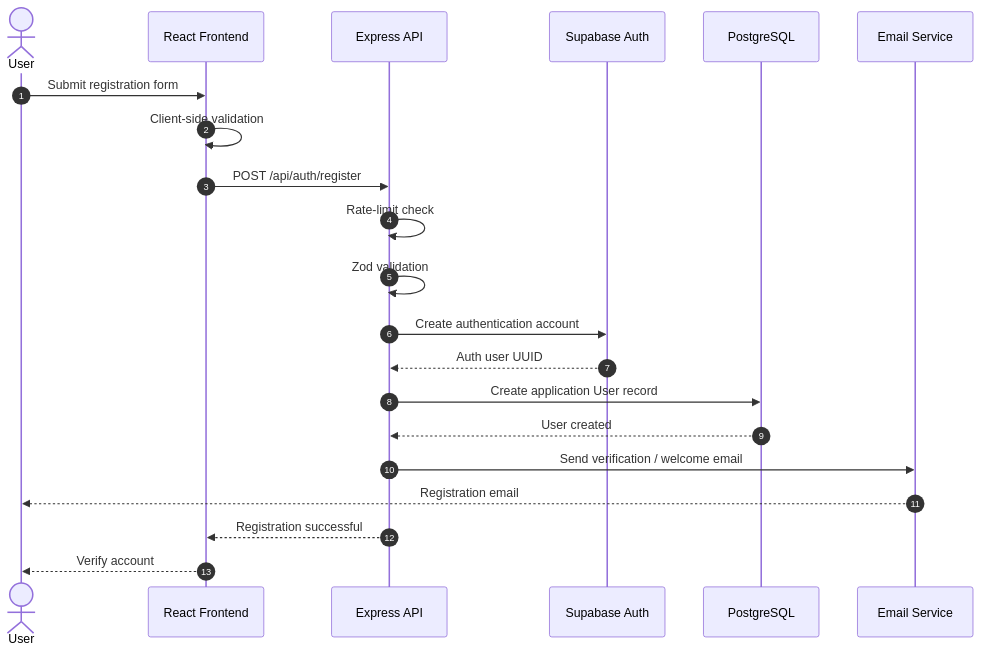
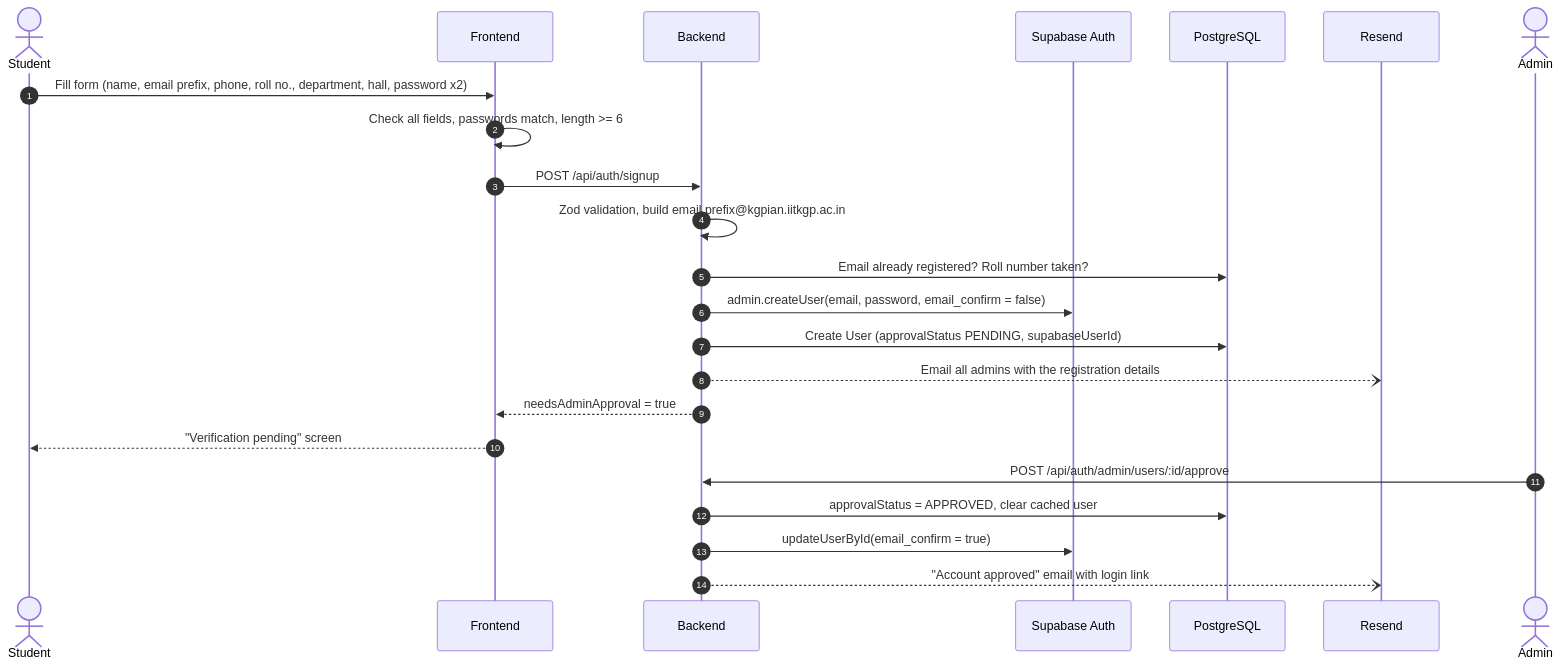
Before and after one commit to mobashshir-ubn-zainuddin/friday-cab-management: the second of 6 diagrams in README.md, drawn with Mermaid. The commit also changed other lines of this file and 2 other files, not shown here.

Commit message:
updated report and added syatem architecture and remove server's 5 minute cache if admin rights have been removed from any person which was leaving a securitry gap.

````diff
--- a/README.md
+++ b/README.md
@@ -269,31 +132,27 @@
 ```mermaid
 sequenceDiagram
     autonumber
+    actor S as Student
+    participant FE as Frontend
+    participant API as Backend
+    participant SA as Supabase Auth
+    participant DB as PostgreSQL
+    participant M as Resend
+    actor A as Admin
 
-    actor User
-    participant Frontend as React Frontend
-    participant API as Express API
-    participant Auth as Supabase Auth
-    participant DB as PostgreSQL
-    participant Email as Email Service
+    S->>FE: Fill form (name, email prefix, phone, roll no., department, hall, password x2)
+    FE->>FE: Check all fields, passwords match, length >= 6
+    FE->>API: POST /api/auth/signup
+    API->>API: Zod validation, build email prefix@kgpian.iitkgp.ac.in
+    API->>DB: Email already registered? Roll number taken?
+    API->>SA: admin.createUser(email, password, email_confirm = false)
+    API->>DB: Create User (approvalStatus PENDING, supabaseUserId)
+    API--)M: Email all admins with the registration details
+    API-->>FE: needsAdminApproval = true
+    FE-->>S: "Verification pending" screen
 
-    User->>Frontend: Submit registration form
-
-    Frontend->>Frontend: Client-side validation
-    Frontend->>API: POST /api/auth/register
-
-    API->>API: Rate-limit check
-    API->>API: Zod validation
-
-    API->>Auth: Create authentication account
-    Auth-->>API: Auth user UUID
-
-    API->>DB: Create application User record
-    DB-->>API: User created
-
-    API->>Email: Send verification / welcome email
-    Email-->>User: Registration email
-
-    API-->>Frontend: Registration successful
-    Frontend-->>User: Verify account
+    A->>API: POST /api/auth/admin/users/:id/approve
+    API->>DB: approvalStatus = APPROVED, clear cached user
+    API->>SA: updateUserById(email_confirm = true)
+    API--)M: "Account approved" email with login link
 ```
````
